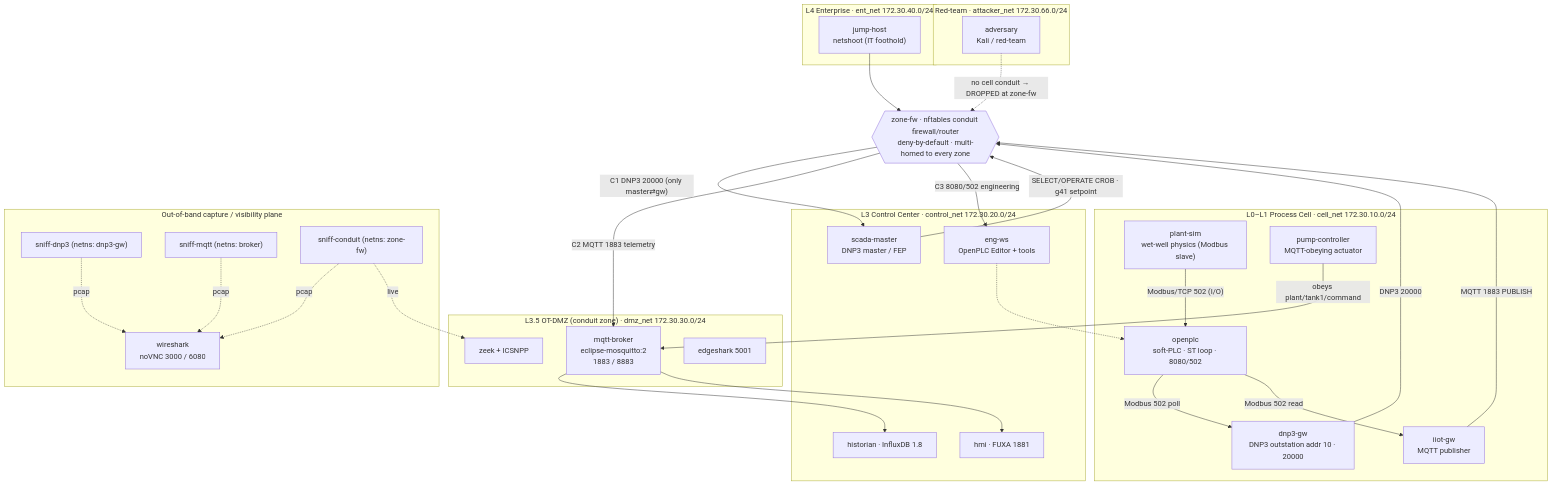
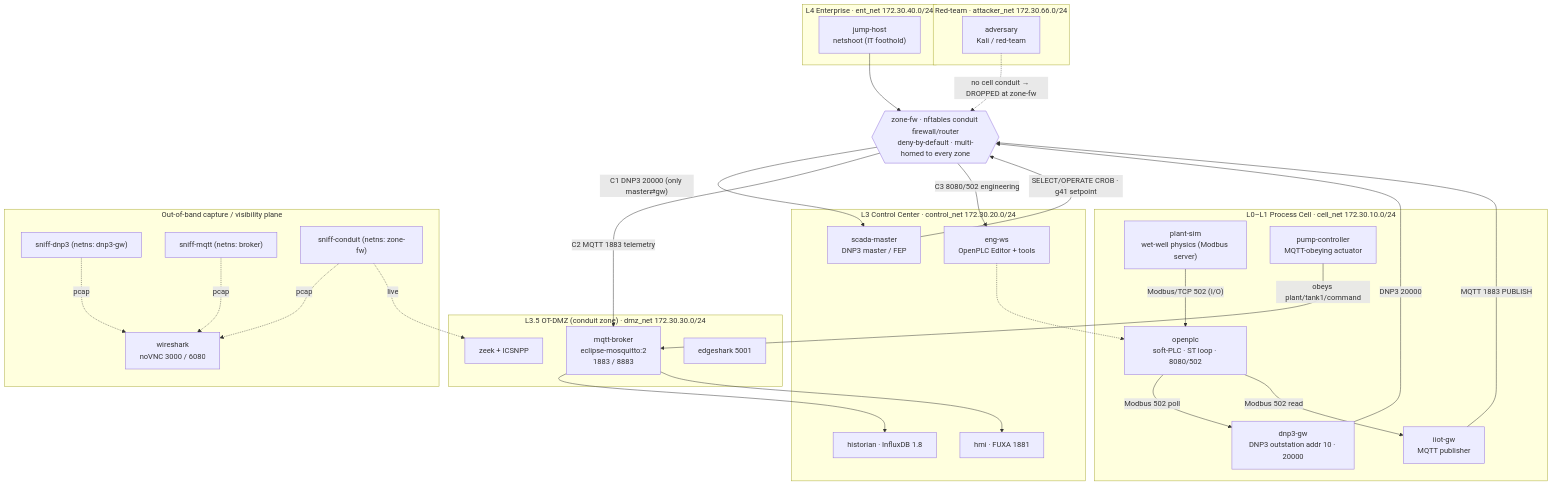
One commit to makau-ai/ics_lab changed the diagram in design/DIGITAL_TWIN_ARCHITECTURE.md. Above: the diagram before and after it, drawn with Mermaid. The commit also changed other lines of this file and 30 other files, not shown here.

````diff
--- a/design/DIGITAL_TWIN_ARCHITECTURE.md
+++ b/design/DIGITAL_TWIN_ARCHITECTURE.md
@@ -138,54 +138,54 @@
 ```mermaid
 flowchart TB
   subgraph RED["Red-team · attacker_net 172.30.66.0/24"]
     ADV["adversary<br/>Kali / red-team"]
   end
   subgraph ENT["L4 Enterprise · ent_net 172.30.40.0/24"]
     JUMP["jump-host<br/>netshoot (IT foothold)"]
   end
   subgraph DMZ["L3.5 OT-DMZ (conduit zone) · dmz_net 172.30.30.0/24"]
     BROKER["mqtt-broker<br/>eclipse-mosquitto:2<br/>1883 / 8883"]
     ZEEK["zeek + ICSNPP"]
     EDGE["edgeshark 5001"]
   end
   subgraph CTRL["L3 Control Center · control_net 172.30.20.0/24"]
     MASTER["scada-master<br/>DNP3 master / FEP"]
     HMI["hmi · FUXA 1881"]
     HIST["historian · InfluxDB 1.8"]
     ENGWS["eng-ws<br/>OpenPLC Editor + tools"]
   end
   subgraph CELL["L0–L1 Process Cell · cell_net 172.30.10.0/24"]
-    SIM["plant-sim<br/>wet-well physics (Modbus slave)"]
+    SIM["plant-sim<br/>wet-well physics (Modbus server)"]
     PLC["openplc<br/>soft-PLC · ST loop · 8080/502"]
     GW["dnp3-gw<br/>DNP3 outstation addr 10 · 20000"]
     IIOT["iiot-gw<br/>MQTT publisher"]
     PUMP["pump-controller<br/>MQTT-obeying actuator"]
   end
   FW{{"zone-fw · nftables conduit firewall/router<br/>deny-by-default · multi-homed to every zone"}}
   subgraph CAP["Out-of-band capture / visibility plane"]
     WS["wireshark<br/>noVNC 3000 / 6080"]
     SNGW["sniff-dnp3 (netns: dnp3-gw)"]
     SNBR["sniff-mqtt (netns: broker)"]
     SNFW["sniff-conduit (netns: zone-fw)"]
   end
 
   SIM -- "Modbus/TCP 502 (I/O)" --> PLC
   PLC -- "Modbus 502 poll" --> GW
   PLC -- "Modbus 502 read" --> IIOT
   IIOT -- "MQTT 1883 PUBLISH" --> FW
   GW  -- "DNP3 20000" --> FW
   FW  -- "C1 DNP3 20000 (only master⇄gw)" --> MASTER
   MASTER -- "SELECT/OPERATE CROB · g41 setpoint" --> FW
   FW  -- "C2 MQTT 1883 telemetry" --> BROKER
   BROKER --> HIST
   BROKER --> HMI
   FW  -- "C3 8080/502 engineering" --> ENGWS
   ENGWS -.-> PLC
   PUMP -- "obeys plant/tank1/command" --> BROKER
   JUMP --> FW
   ADV -. "no cell conduit → DROPPED at zone-fw" .-> FW
   SNGW -. pcap .-> WS
   SNBR -. pcap .-> WS
   SNFW -. pcap .-> WS
   SNFW -. live .-> ZEEK
 ```
````
